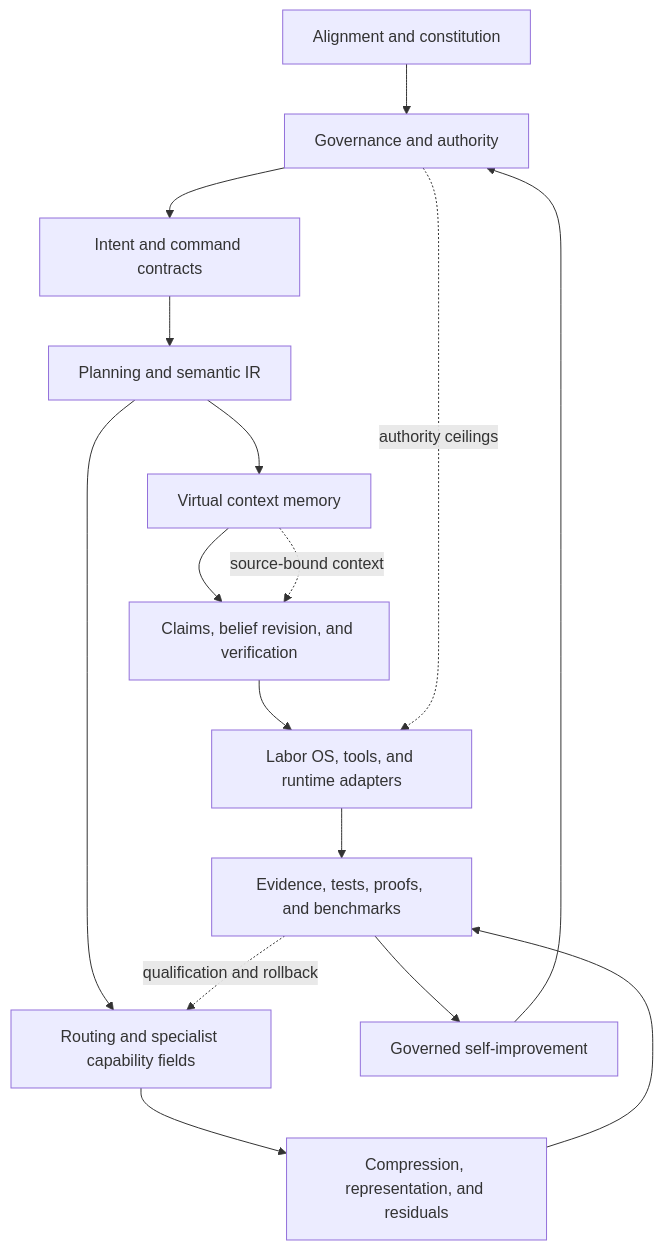
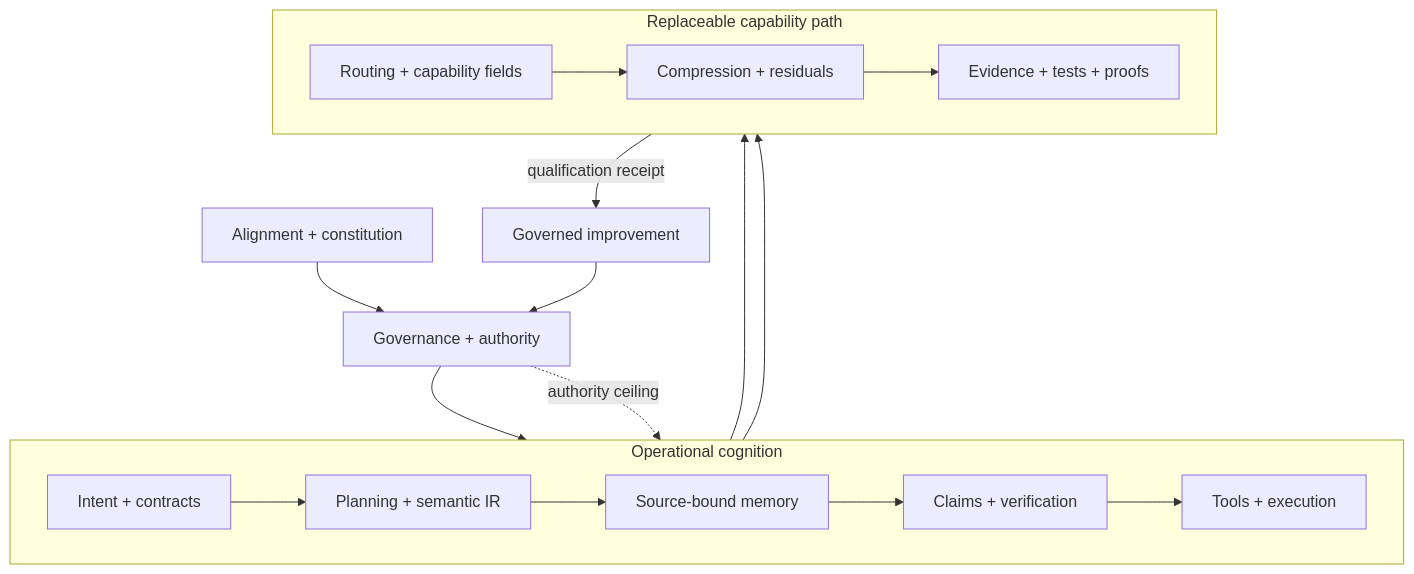
The first of 2 diagrams in chapters/asi-is-a-stack-not-a-model.qmd (corbensorenson/asi-stack-book), drawn with Mermaid before and after one commit. The commit also changed other lines of this file and 31 other files, not shown here.

````diff
--- a/chapters/asi-is-a-stack-not-a-model.qmd
+++ b/chapters/asi-is-a-stack-not-a-model.qmd
@@ -113,31 +113,25 @@
 ```{mermaid}
 flowchart TB
-  Constitution["Alignment and constitution"]
-  Governance["Governance and authority"]
-  Intent["Intent and command contracts"]
-  Planning["Planning and semantic IR"]
-  Memory["Virtual context memory"]
-  Reasoning["Claims, belief revision, and verification"]
-  Execution["Labor OS, tools, and runtime adapters"]
-  Routing["Routing and specialist capability fields"]
-  Compression["Compression, representation, and residuals"]
-  Evidence["Evidence, tests, proofs, and benchmarks"]
-  Improvement["Governed self-improvement"]
+  Constitution["Alignment + constitution"] --> Governance["Governance + authority"]
+  Governance --> Intent["Intent + contracts"]
 
-  Constitution --> Governance
-  Governance --> Intent
-  Intent --> Planning
-  Planning --> Memory
-  Memory --> Reasoning
-  Reasoning --> Execution
+  subgraph Cognition["Operational cognition"]
+    direction LR
+    Intent --> Planning["Planning + semantic IR"]
+    Planning --> Memory["Source-bound memory"]
+    Memory --> Reasoning["Claims + verification"]
+    Reasoning --> Execution["Tools + execution"]
+  end
+
+  subgraph Adaptation["Replaceable capability path"]
+    direction LR
+    Routing["Routing + capability fields"] --> Compression["Compression + residuals"]
+    Compression --> Evidence["Evidence + tests + proofs"]
+  end
+
   Planning --> Routing
-  Routing --> Compression
   Execution --> Evidence
-  Compression --> Evidence
-  Evidence --> Improvement
+  Evidence -- "qualification receipt" --> Improvement["Governed improvement"]
   Improvement --> Governance
-
-  Governance -. "authority ceilings" .-> Execution
-  Evidence -. "qualification and rollback" .-> Routing
-  Memory -. "source-bound context" .-> Reasoning
+  Governance -. "authority ceiling" .-> Execution
 ```
````
